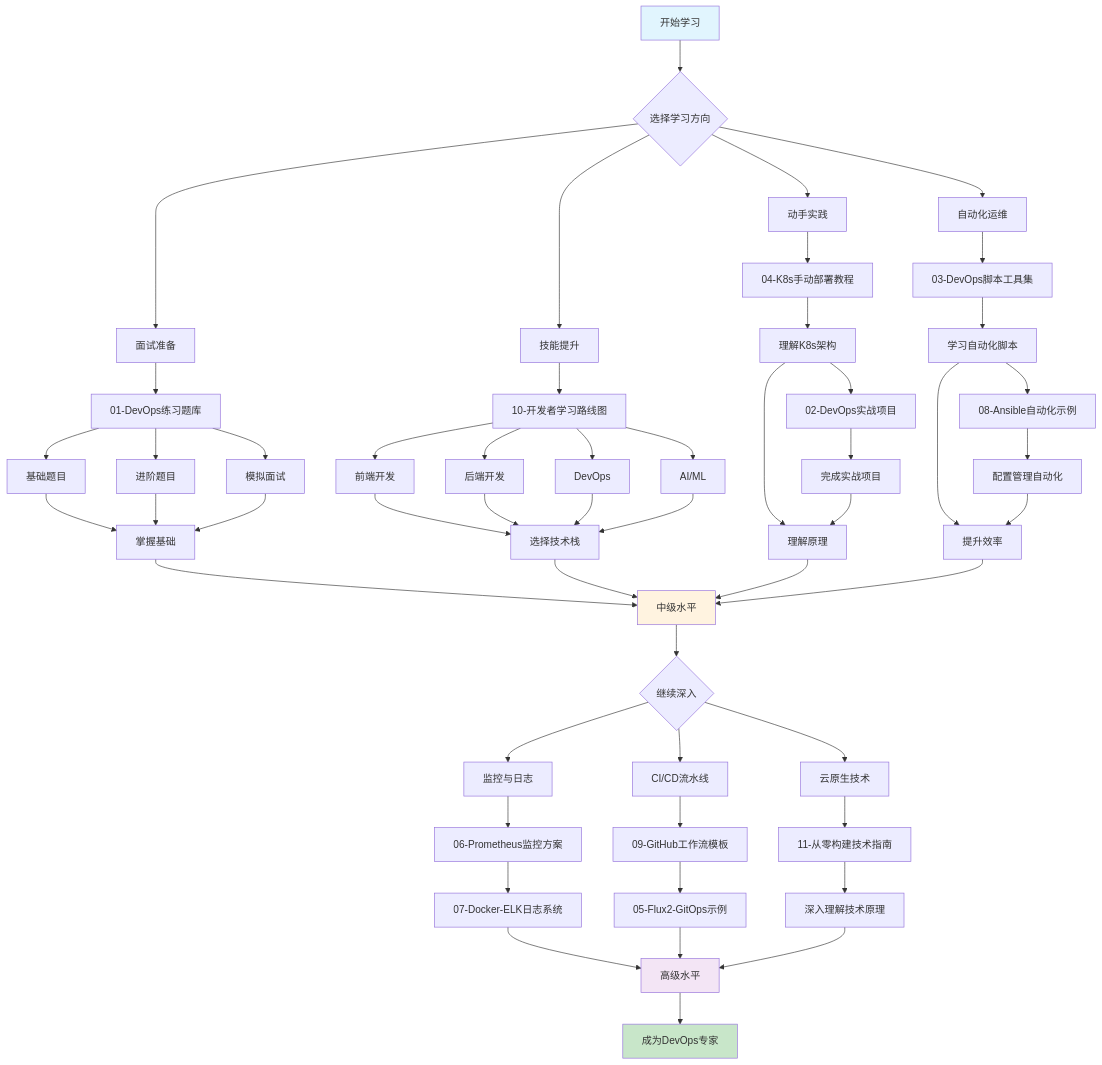
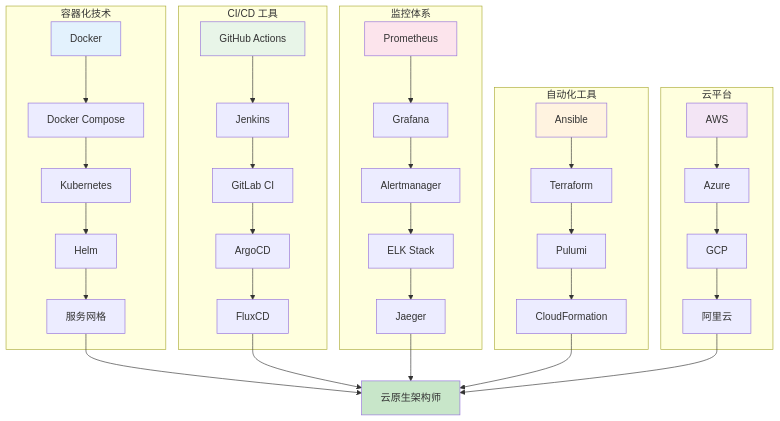
The third of 5 diagrams in README.md (lin327/DevOps-Learning-Hub), drawn with Mermaid before and after one commit. The commit also changed other lines of this file, not shown here.

Commit message:
添加详细的 Mermaid 学习流程图

````diff
--- a/README.md
+++ b/README.md
@@ -75,76 +427,48 @@
 ```mermaid
 graph TD
-    A[开始学习] --> B{选择学习方向}
+    subgraph "容器化技术"
+        A1[Docker] --> A2[Docker Compose]
+        A2 --> A3[Kubernetes]
+        A3 --> A4[Helm]
+        A4 --> A5[服务网格]
+    end
     
-    B --> C[面试准备]
-    B --> D[技能提升]
-    B --> E[动手实践]
-    B --> F[自动化运维]
+    subgraph "CI/CD 工具"
+        B1[GitHub Actions] --> B2[Jenkins]
+        B2 --> B3[GitLab CI]
+        B3 --> B4[ArgoCD]
+        B4 --> B5[FluxCD]
+    end
     
-    C --> C1[01-DevOps练习题库]
-    C1 --> C2[基础题目]
-    C1 --> C3[进阶题目]
-    C1 --> C4[模拟面试]
+    subgraph "监控体系"
+        C1[Prometheus] --> C2[Grafana]
+        C2 --> C3[Alertmanager]
+        C3 --> C4[ELK Stack]
+        C4 --> C5[Jaeger]
+    end
     
-    D --> D1[10-开发者学习路线图]
-    D1 --> D2[前端开发]
-    D1 --> D3[后端开发]
-    D1 --> D4[DevOps]
-    D1 --> D5[AI/ML]
+    subgraph "自动化工具"
+        D1[Ansible] --> D2[Terraform]
+        D2 --> D3[Pulumi]
+        D3 --> D4[CloudFormation]
+    end
     
-    E --> E1[04-K8s手动部署教程]
-    E1 --> E2[理解K8s架构]
-    E2 --> E3[02-DevOps实战项目]
-    E3 --> E4[完成实战项目]
+    subgraph "云平台"
+        E1[AWS] --> E2[Azure]
+        E2 --> E3[GCP]
+        E3 --> E4[阿里云]
+    end
     
-    F --> F1[03-DevOps脚本工具集]
-    F1 --> F2[学习自动化脚本]
-    F2 --> F3[08-Ansible自动化示例]
-    F3 --> F4[配置管理自动化]
+    A5 --> F[云原生架构师]
+    B5 --> F
+    C5 --> F
+    D4 --> F
+    E4 --> F
     
-    C2 --> G[掌握基础]
-    C3 --> G
-    C4 --> G
-    
-    D2 --> H[选择技术栈]
-    D3 --> H
-    D4 --> H
-    D5 --> H
-    
-    E2 --> I[理解原理]
-    E4 --> I
-    
-    F2 --> J[提升效率]
-    F4 --> J
-    
-    G --> K[中级水平]
-    H --> K
-    I --> K
-    J --> K
-    
-    K --> L{继续深入}
-    
-    L --> M[监控与日志]
-    L --> N[CI/CD流水线]
-    L --> O[云原生技术]
-    
-    M --> M1[06-Prometheus监控方案]
-    M1 --> M2[07-Docker-ELK日志系统]
-    
-    N --> N1[09-GitHub工作流模板]
-    N1 --> N2[05-Flux2-GitOps示例]
-    
-    O --> O1[11-从零构建技术指南]
-    O1 --> O2[深入理解技术原理]
-    
-    M2 --> P[高级水平]
-    N2 --> P
-    O2 --> P
-    
-    P --> Q[成为DevOps专家]
-    
-    style A fill:#e1f5fe
-    style Q fill:#c8e6c9
-    style K fill:#fff3e0
-    style P fill:#f3e5f5
+    style A1 fill:#e3f2fd
+    style B1 fill:#e8f5e8
+    style C1 fill:#fce4ec
+    style D1 fill:#fff3e0
+    style E1 fill:#f3e5f5
+    style F fill:#c8e6c9
 ```
````
